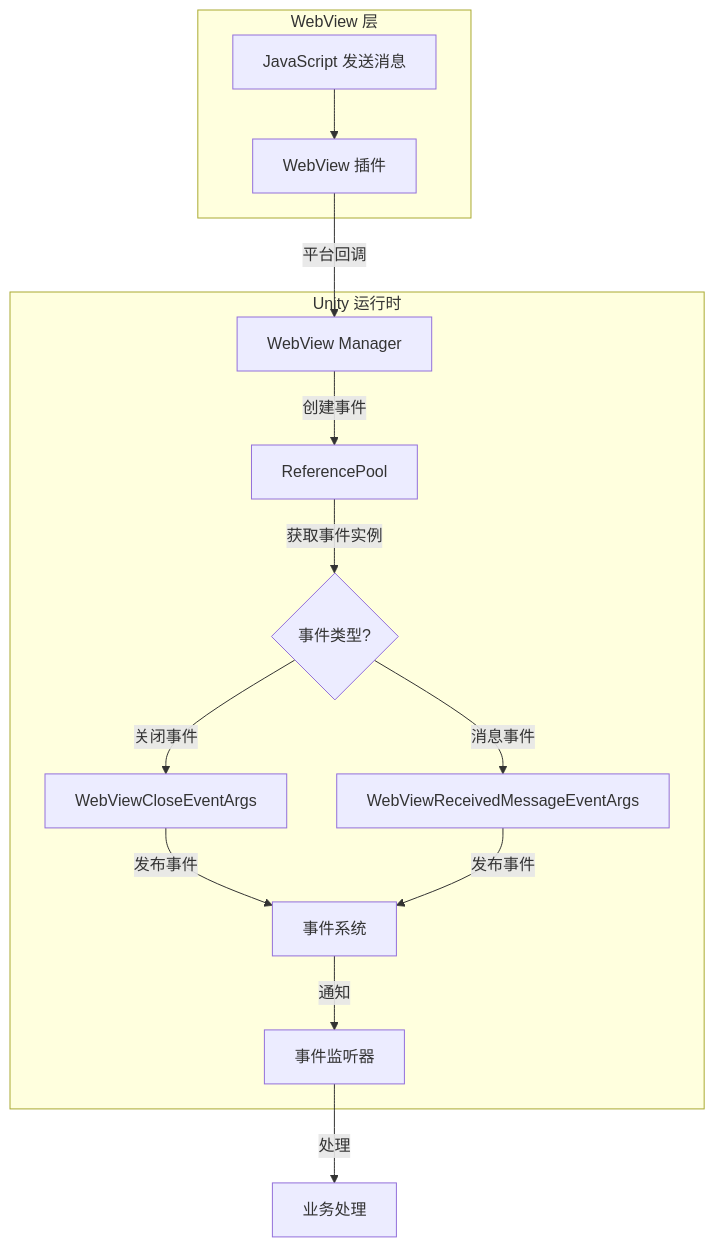
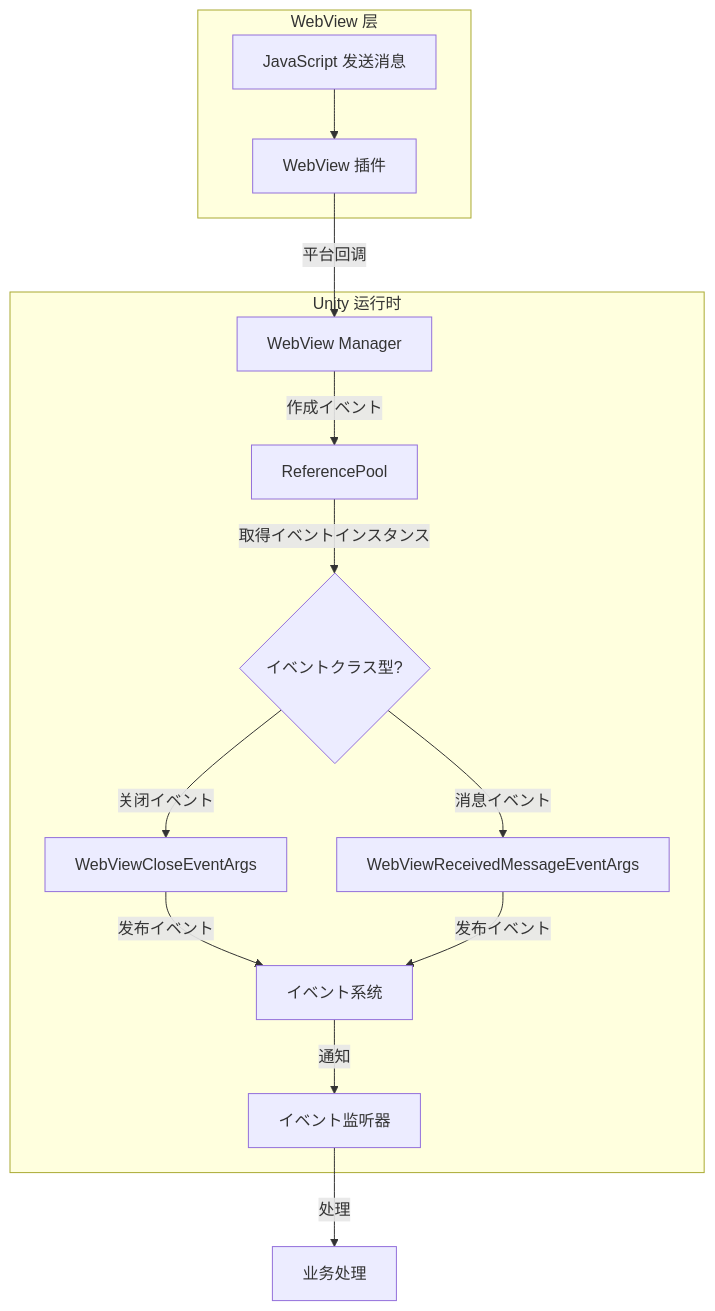
Before and after one commit to AlianBlank/GameFrameX.Docs: the second of 2 diagrams in docs/ja/client/unity/component/webview/04.events.md, drawn with Mermaid. The commit also changed other lines of this file and 603 other files, not shown here.

````diff
--- a/docs/ja/client/unity/component/webview/04.events.md
+++ b/docs/ja/client/unity/component/webview/04.events.md
@@ -142,19 +142,19 @@
 ```mermaid
 flowchart TD
     subgraph WebView["WebView 层"]
         JS[JavaScript 发送消息] --> WV[WebView 插件]
     end
 
     subgraph Unity["Unity 运行时"]
         WV --> |平台回调| Manager[WebView Manager]
-        Manager --> |创建事件| Pool[ReferencePool]
-        Pool --> |获取事件实例| Args{事件类型?}
-        Args -->|关闭事件| CloseArgs[WebViewCloseEventArgs]
-        Args -->|消息事件| MsgArgs[WebViewReceivedMessageEventArgs]
-        CloseArgs --> |发布事件| EventSys[事件系统]
-        MsgArgs --> |发布事件| EventSys
-        EventSys --> |通知| Listeners[事件监听器]
+        Manager --> |作成イベント| Pool[ReferencePool]
+        Pool --> |取得イベントインスタンス| Args{イベントクラス型?}
+        Args -->|关闭イベント| CloseArgs[WebViewCloseEventArgs]
+        Args -->|消息イベント| MsgArgs[WebViewReceivedMessageEventArgs]
+        CloseArgs --> |发布イベント| EventSys[イベント系统]
+        MsgArgs --> |发布イベント| EventSys
+        EventSys --> |通知| Listeners[イベント监听器]
     end
 
     Listeners --> |处理| Handle[业务处理]
 ```
````
